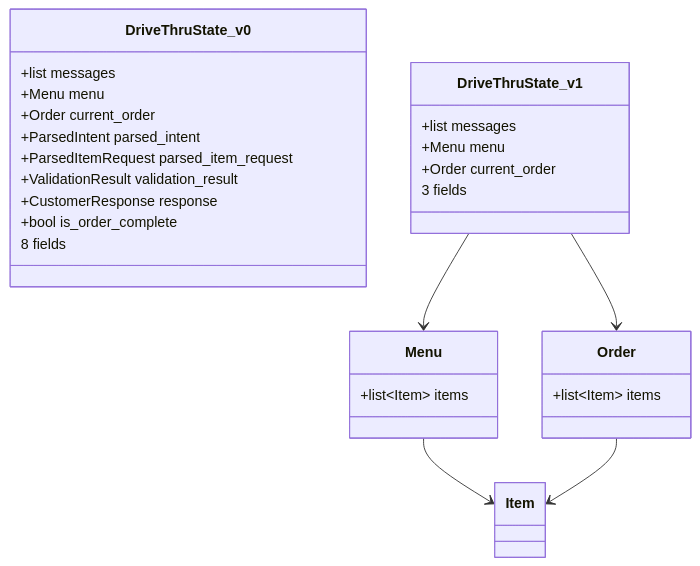
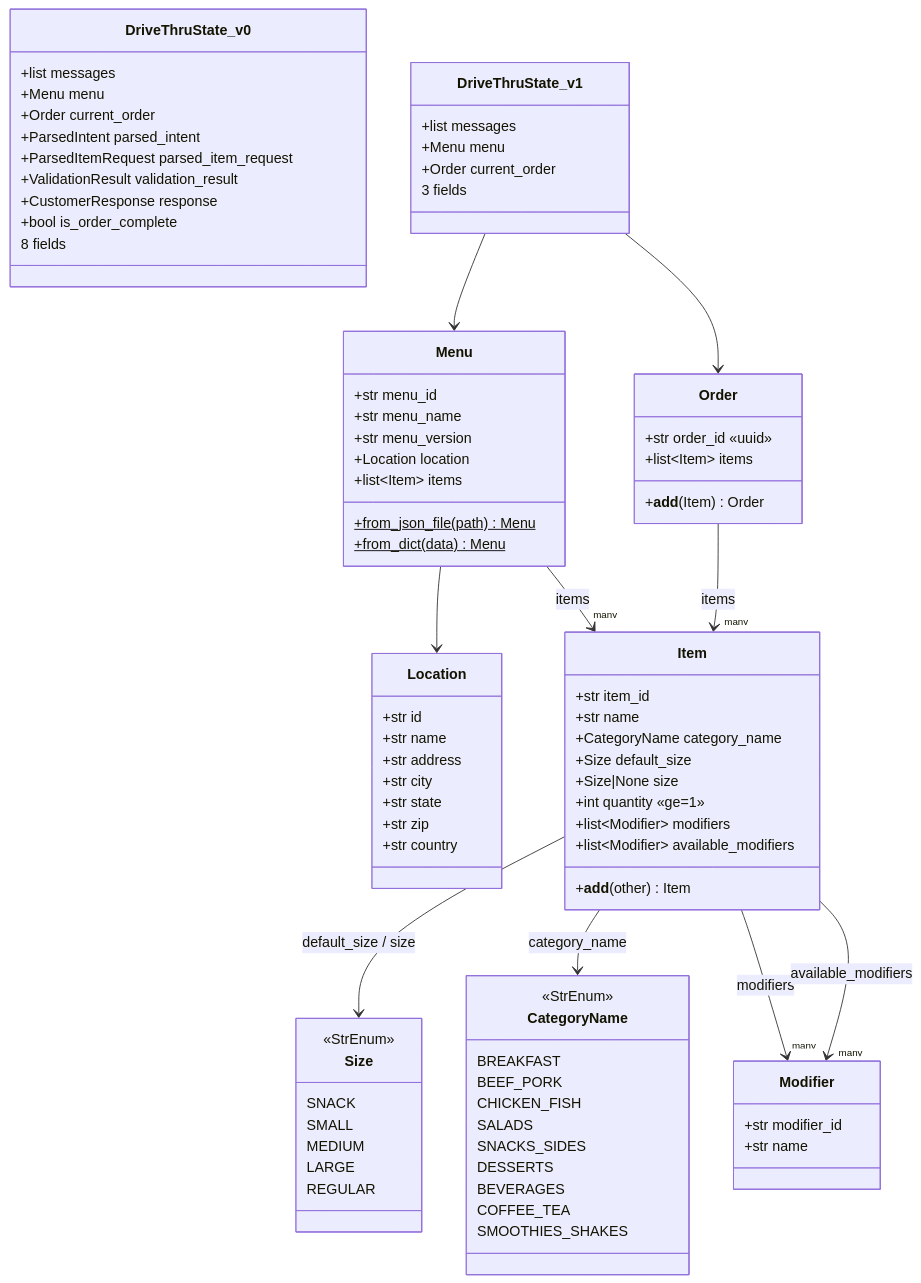
One commit to seanreed1111/mcdonalds-drive-thru-bot changed the fifth of 12 diagrams in docs/thoughts/target-implementation/v1/langgraph-state-diagrams-v1.md. Above: the diagram before and after it, drawn with Mermaid. The commit also changed other lines of this file and 3 other files, not shown here.

Commit message:
adds more planning docs about state persistence. also adds Order.__add__ to add order to item

````diff
--- a/docs/thoughts/target-implementation/v1/langgraph-state-diagrams-v1.md
+++ b/docs/thoughts/target-implementation/v1/langgraph-state-diagrams-v1.md
@@ -194,15 +194,77 @@
     }
 
     class Menu {
+        +str menu_id
+        +str menu_name
+        +str menu_version
+        +Location location
         +list~Item~ items
+        +from_json_file(path) Menu$
+        +from_dict(data) Menu$
+    }
+
+    class Location {
+        +str id
+        +str name
+        +str address
+        +str city
+        +str state
+        +str zip
+        +str country
     }
 
     class Order {
+        +str order_id  «uuid»
         +list~Item~ items
+        +__add__(Item) Order
+    }
+
+    class Item {
+        +str item_id
+        +str name
+        +CategoryName category_name
+        +Size default_size
+        +Size|None size
+        +int quantity  «ge=1»
+        +list~Modifier~ modifiers
+        +list~Modifier~ available_modifiers
+        +__add__(other) Item
+    }
+
+    class Modifier {
+        +str modifier_id
+        +str name
+    }
+
+    class Size {
+        <<StrEnum>>
+        SNACK
+        SMALL
+        MEDIUM
+        LARGE
+        REGULAR
+    }
+
+    class CategoryName {
+        <<StrEnum>>
+        BREAKFAST
+        BEEF_PORK
+        CHICKEN_FISH
+        SALADS
+        SNACKS_SIDES
+        DESSERTS
+        BEVERAGES
+        COFFEE_TEA
+        SMOOTHIES_SHAKES
     }
 
     DriveThruState_v1 --> Menu
     DriveThruState_v1 --> Order
-    Menu --> Item
-    Order --> Item
+    Menu --> Location
+    Menu --> "many" Item : items
+    Order --> "many" Item : items
+    Item --> Size : default_size / size
+    Item --> CategoryName : category_name
+    Item --> "many" Modifier : modifiers
+    Item --> "many" Modifier : available_modifiers
 ```
````
